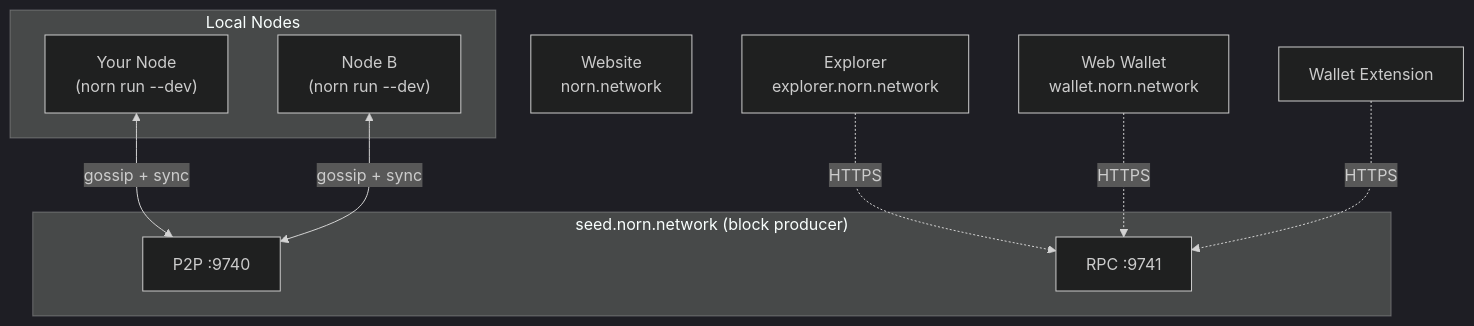
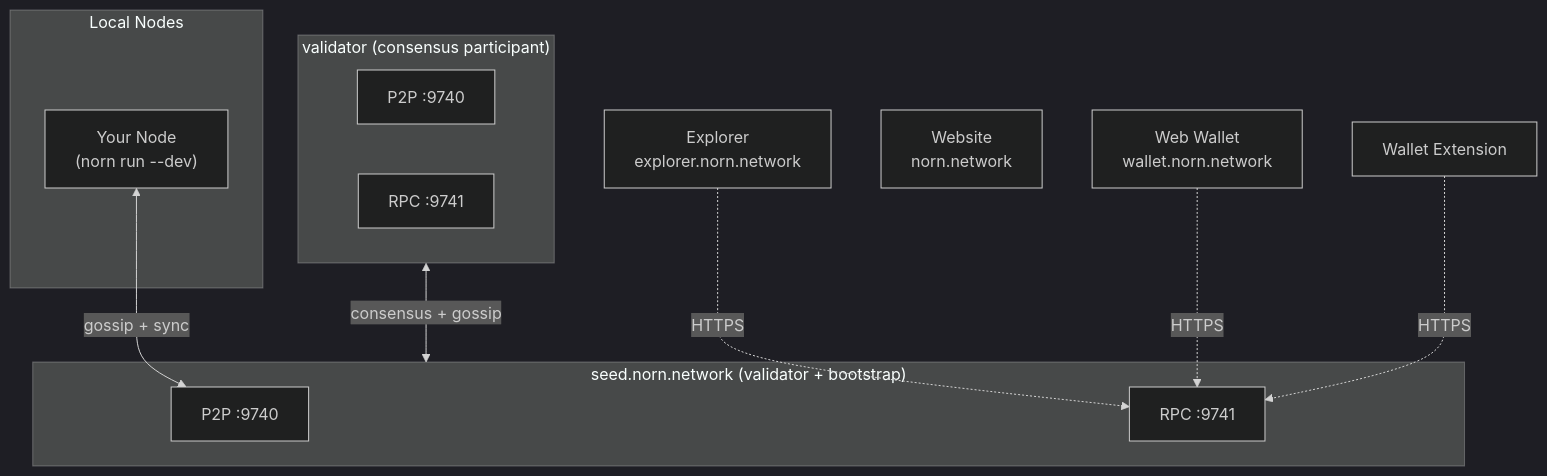
Before and after one commit to augmnt/norn-protocol: the second of 2 diagrams in README.md, drawn with Mermaid (dark theme). The commit also changed other lines of this file and 22 other files, not shown here.

````diff
--- a/README.md
+++ b/README.md
@@ -97,20 +97,24 @@
 ```mermaid
 flowchart TB
-    subgraph Seed["seed.norn.network (block producer)"]
+    subgraph Seed["seed.norn.network (validator + bootstrap)"]
         P2P["P2P :9740"]
         RPC["RPC :9741"]
+    end
+
+    subgraph Validator["validator (consensus participant)"]
+        VP2P["P2P :9740"]
+        VRPC["RPC :9741"]
     end
 
     Explorer["Explorer\nexplorer.norn.network"] -.->|HTTPS| RPC
     WebWallet["Web Wallet\nwallet.norn.network"] -.->|HTTPS| RPC
     WalletExt["Wallet Extension"] -.->|HTTPS| RPC
     Website["Website\nnorn.network"]
 
     subgraph Local["Local Nodes"]
         A["Your Node\n(norn run --dev)"]
-        B["Node B\n(norn run --dev)"]
     end
 
     A <-->|"gossip + sync"| P2P
-    B <-->|"gossip + sync"| P2P
+    Validator <-->|"consensus + gossip"| Seed
 ```
````
